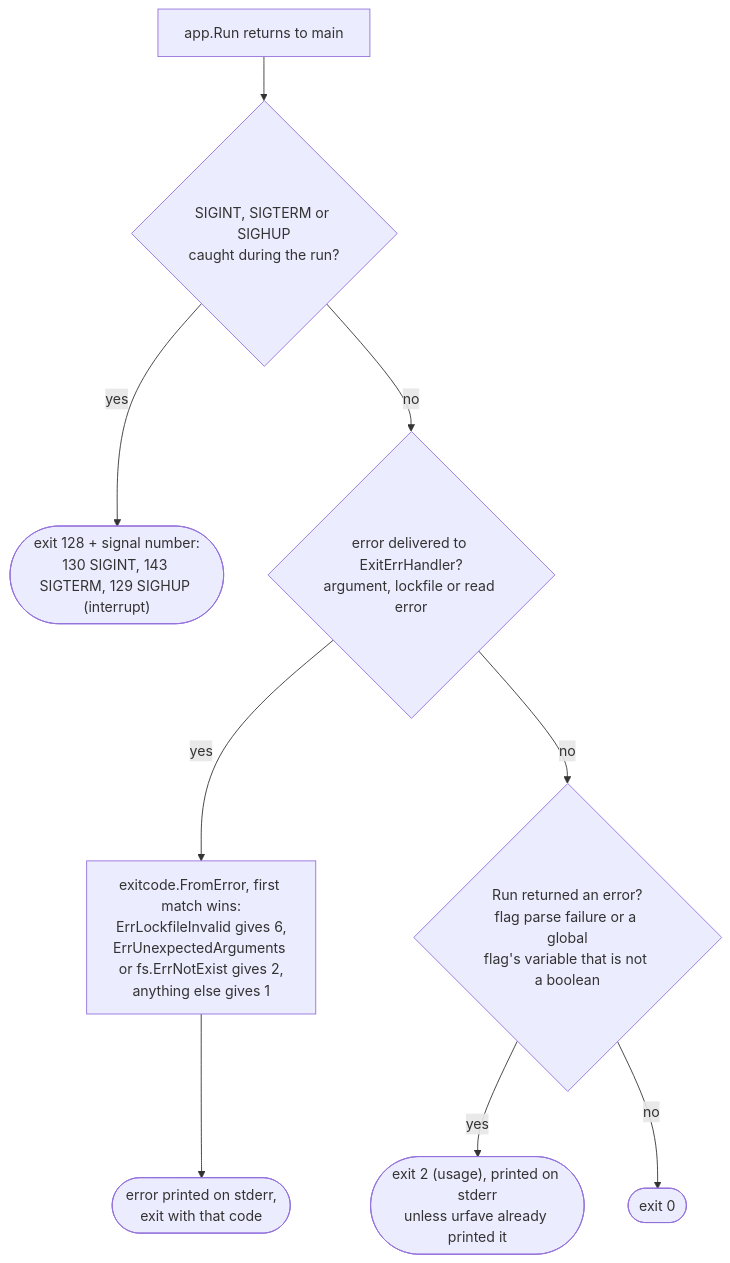
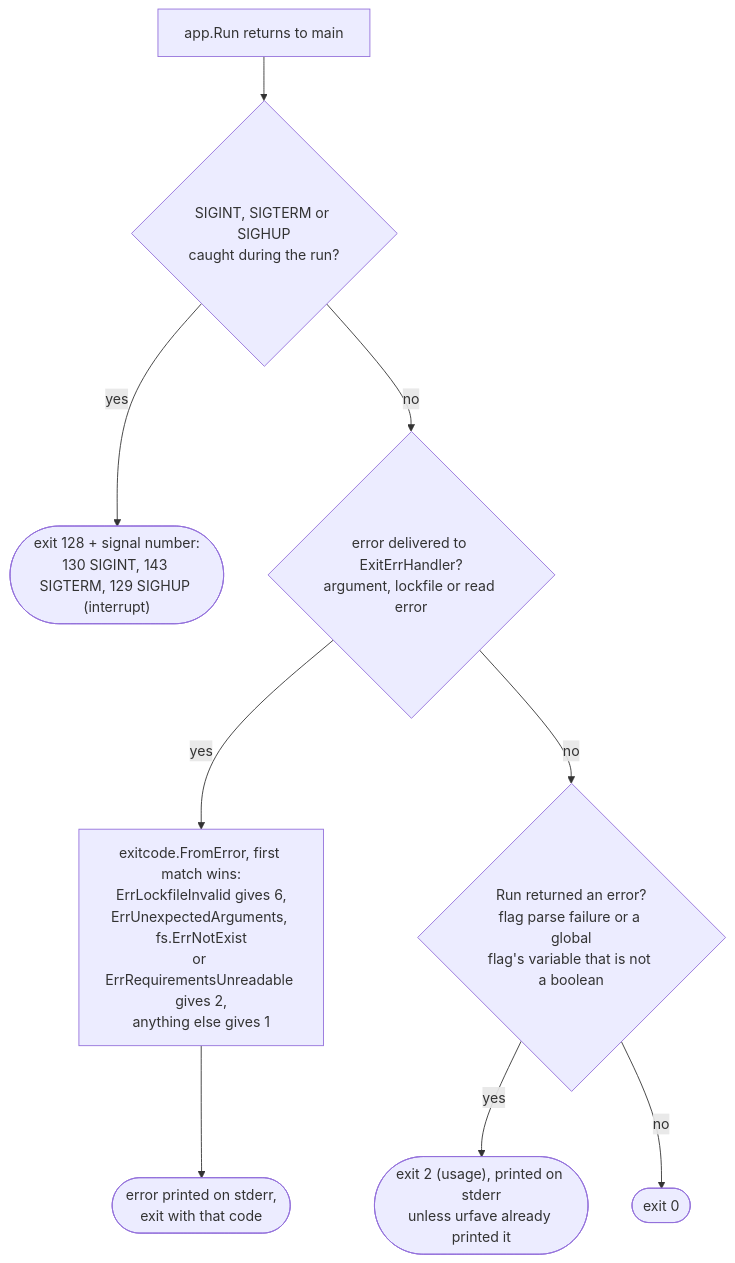
One commit to greeddj/go-galaxy changed diagram 42 of 48 in docs/commands.md. Above: the diagram before and after it, drawn with Mermaid. The commit also changed other lines of this file and 14 other files, not shown here.

````diff
--- a/docs/commands.md
+++ b/docs/commands.md
@@ -2124,11 +2119,11 @@
 ```mermaid
 flowchart TD
     A["app.Run returns to main"] --> B{"SIGINT, SIGTERM or SIGHUP<br/>caught during the run?"}
     B -->|"yes"| XS(["exit 128 + signal number:<br/>130 SIGINT, 143 SIGTERM, 129 SIGHUP (interrupt)"])
     B -->|"no"| C{"error delivered to ExitErrHandler?<br/>argument, lockfile or read error"}
-    C -->|"yes"| D["exitcode.FromError, first match wins:<br/>ErrLockfileInvalid gives 6,<br/>ErrUnexpectedArguments or fs.ErrNotExist gives 2,<br/>anything else gives 1"]
+    C -->|"yes"| D["exitcode.FromError, first match wins:<br/>ErrLockfileInvalid gives 6,<br/>ErrUnexpectedArguments, fs.ErrNotExist<br/>or ErrRequirementsUnreadable gives 2,<br/>anything else gives 1"]
     D --> XE(["error printed on stderr,<br/>exit with that code"])
     C -->|"no"| E{"Run returned an error?<br/>flag parse failure or a global<br/>flag's variable that is not a boolean"}
     E -->|"yes"| XU(["exit 2 (usage), printed on stderr<br/>unless urfave already printed it"])
     E -->|"no"| XO(["exit 0"])
 ```
````
